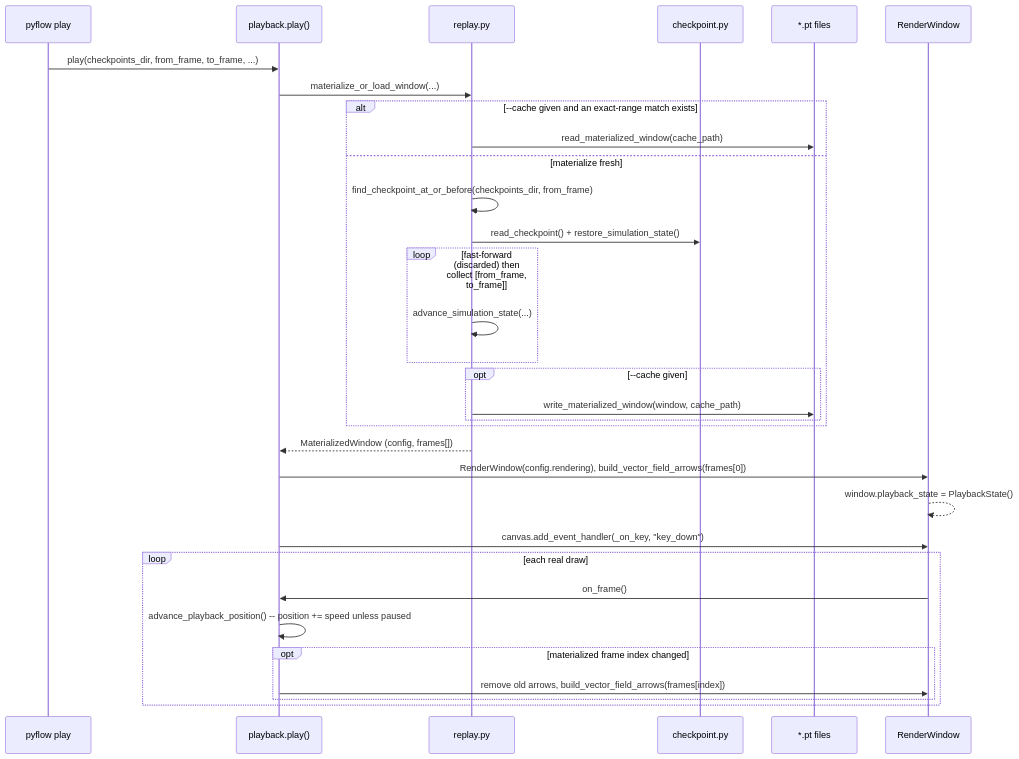
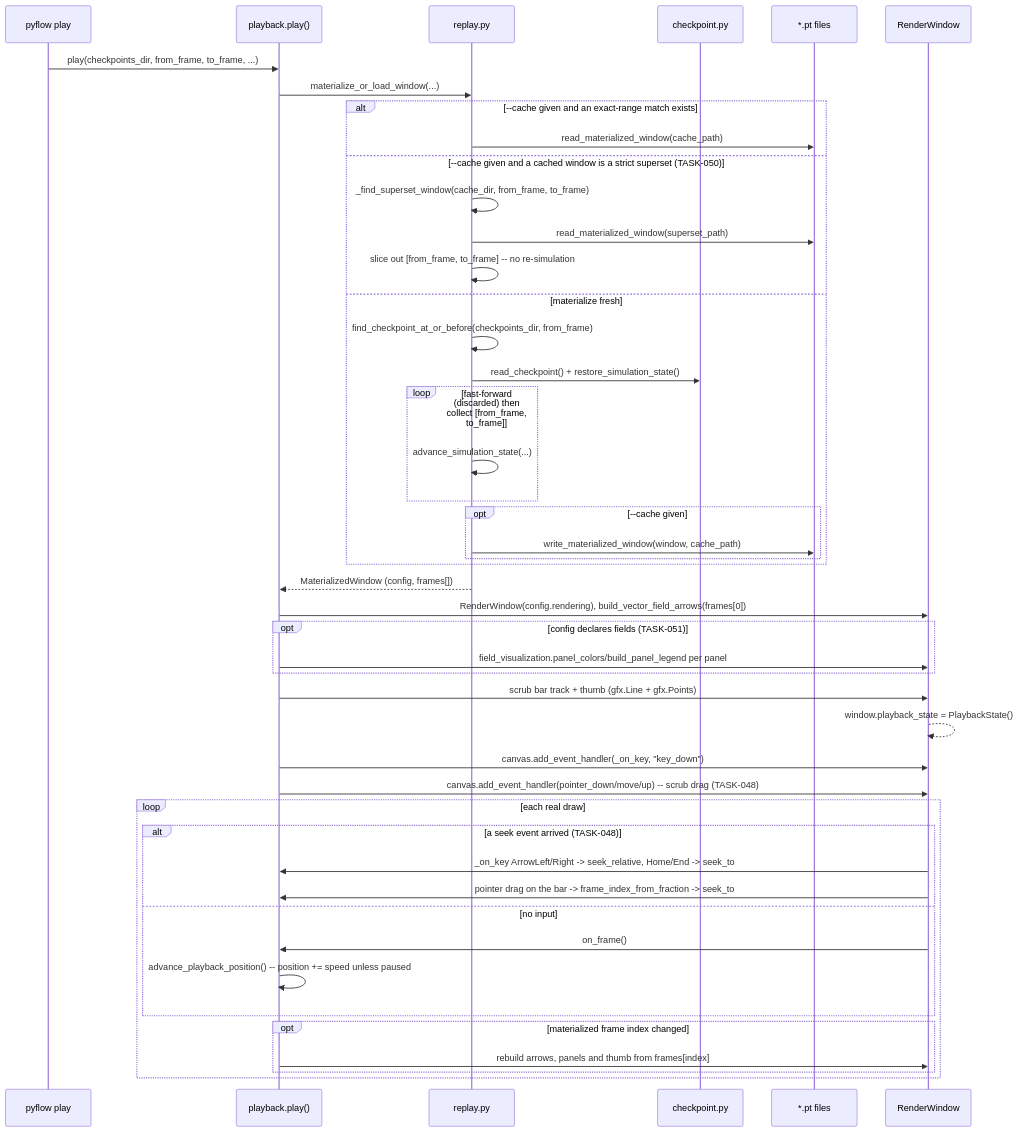
Before and after one commit to AdamClemens/PyFlow: the eighth of 9 diagrams in docs/architecture/sequences.md, drawn with Mermaid. The commit also changed other lines of this file and 13 other files, not shown here.

````diff
--- a/docs/architecture/sequences.md
+++ b/docs/architecture/sequences.md
@@ -477,35 +495,49 @@
 ```mermaid
 sequenceDiagram
     participant CLI as pyflow play
     participant playback as playback.play()
     participant replay as replay.py
     participant checkpoint as checkpoint.py
     participant Disk as *.pt files
     participant Window as RenderWindow
 
     CLI->>playback: play(checkpoints_dir, from_frame, to_frame, ...)
     playback->>replay: materialize_or_load_window(...)
     alt --cache given and an exact-range match exists
         replay->>Disk: read_materialized_window(cache_path)
+    else --cache given and a cached window is a strict superset (TASK-050)
+        replay->>replay: _find_superset_window(cache_dir, from_frame, to_frame)
+        replay->>Disk: read_materialized_window(superset_path)
+        replay->>replay: slice out [from_frame, to_frame] -- no re-simulation
     else materialize fresh
         replay->>replay: find_checkpoint_at_or_before(checkpoints_dir, from_frame)
         replay->>checkpoint: read_checkpoint() + restore_simulation_state()
         loop fast-forward (discarded) then collect [from_frame, to_frame]
             replay->>replay: advance_simulation_state(...)
         end
         opt --cache given
             replay->>Disk: write_materialized_window(window, cache_path)
         end
     end
     replay-->>playback: MaterializedWindow (config, frames[])
     playback->>Window: RenderWindow(config.rendering), build_vector_field_arrows(frames[0])
+    opt config declares fields (TASK-051)
+        playback->>Window: field_visualization.panel_colors/build_panel_legend per panel
+    end
+    playback->>Window: scrub bar track + thumb (gfx.Line + gfx.Points)
     Window-->>Window: window.playback_state = PlaybackState()
     playback->>Window: canvas.add_event_handler(_on_key, "key_down")
+    playback->>Window: canvas.add_event_handler(pointer_down/move/up) -- scrub drag (TASK-048)
     loop each real draw
-        Window->>playback: on_frame()
-        playback->>playback: advance_playback_position() -- position += speed unless paused
+        alt a seek event arrived (TASK-048)
+            Window->>playback: _on_key ArrowLeft/Right -> seek_relative, Home/End -> seek_to
+            Window->>playback: pointer drag on the bar -> frame_index_from_fraction -> seek_to
+        else no input
+            Window->>playback: on_frame()
+            playback->>playback: advance_playback_position() -- position += speed unless paused
+        end
         opt materialized frame index changed
-            playback->>Window: remove old arrows, build_vector_field_arrows(frames[index])
+            playback->>Window: rebuild arrows, panels and thumb from frames[index]
         end
     end
 ```
````
